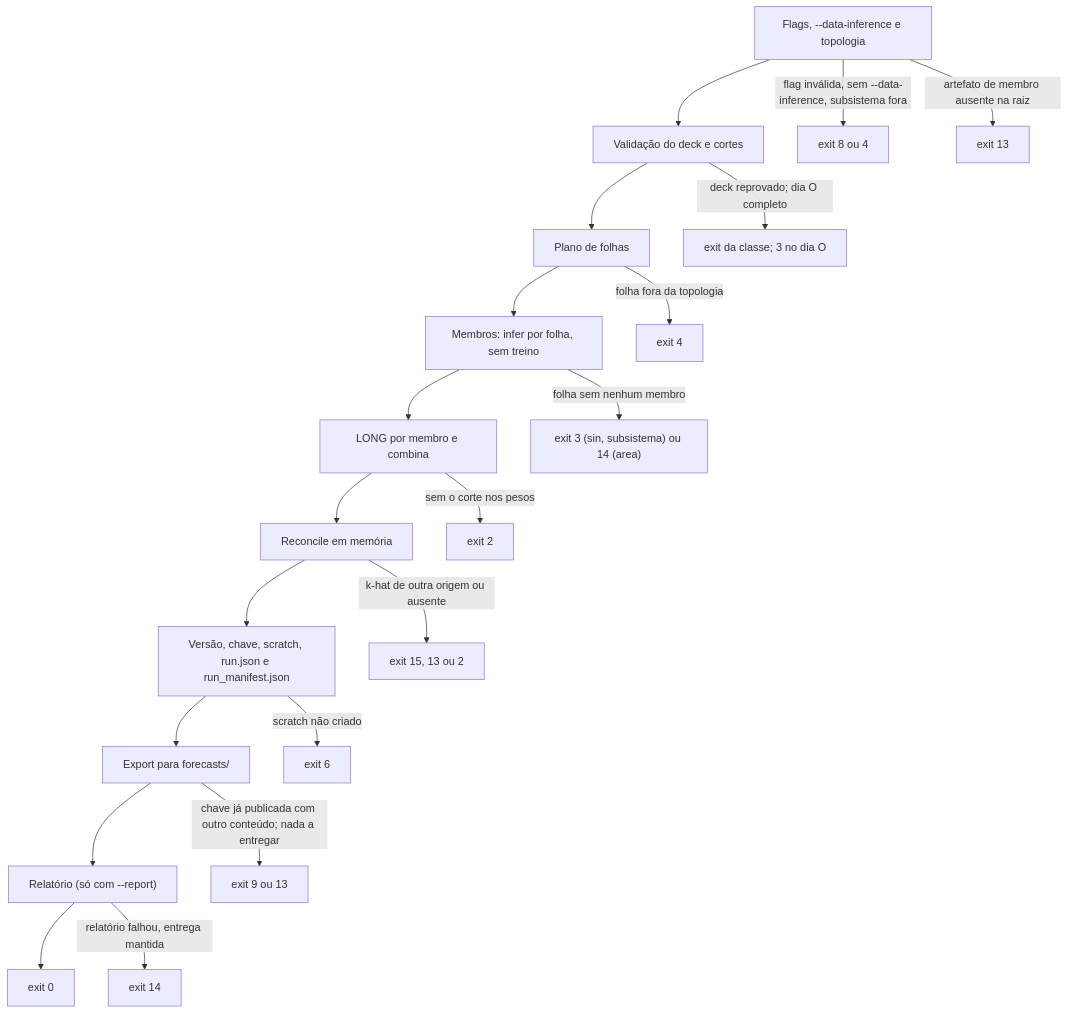
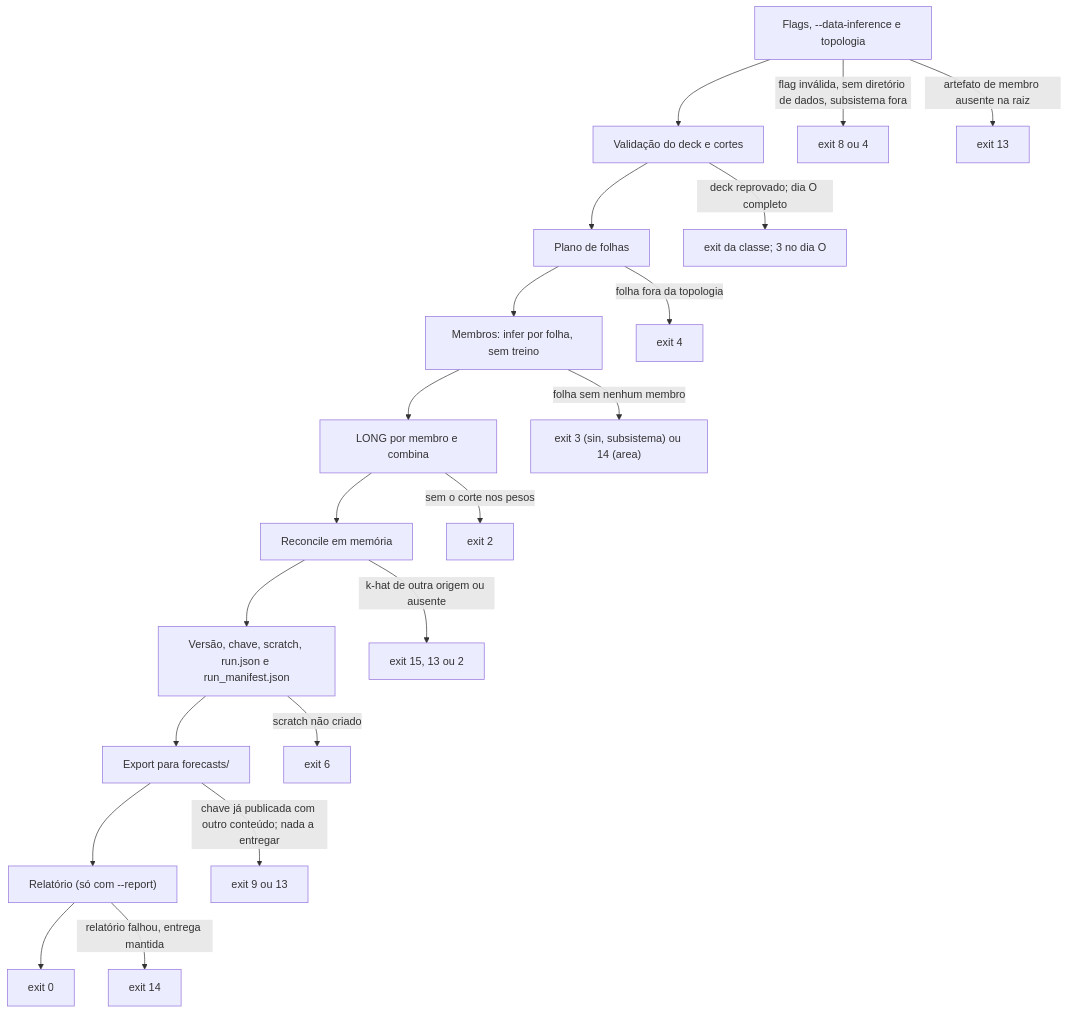
One commit to ONSBR/prevcarga changed the second of 2 diagrams in website/docs/execucao/08-rodada-diaria.mdx. Above: the diagram before and after it, drawn with Mermaid. The commit also changed other lines of this file and 2 other files, not shown here.

Commit message:
docs: forecast com --data-train ainda treina (compat v0.1.5); rodada diaria usa deck de inferencia

````diff
--- a/website/docs/execucao/08-rodada-diaria.mdx
+++ b/website/docs/execucao/08-rodada-diaria.mdx
@@ -167,22 +167,22 @@
 ```mermaid
 flowchart TB
   F["Flags, --data-inference e topologia"]:::fundacao --> G["Validação do deck e cortes"]:::corte
   G --> P["Plano de folhas"]:::fundacao
   P --> M["Membros: infer por folha, sem treino"]:::plugin
   M --> C["LONG por membro e combina"]:::fundacao
   C --> R["Reconcile em memória"]:::fundacao
   R --> K["Versão, chave, scratch, run.json e run_manifest.json"]:::fundacao
   K --> E["Export para forecasts/"]:::fundacao
   E --> Q["Relatório (só com --report)"]:::fundacao
   Q --> OK["exit 0"]
-  F -->|"flag inválida, sem --data-inference, subsistema fora"| X8["exit 8 ou 4"]:::erro
+  F -->|"flag inválida, sem diretório de dados, subsistema fora"| X8["exit 8 ou 4"]:::erro
   F -->|"artefato de membro ausente na raiz"| X13a["exit 13"]:::erro
   G -->|"deck reprovado; dia O completo"| X3["exit da classe; 3 no dia O"]:::erro
   P -->|"folha fora da topologia"| X4["exit 4"]:::erro
   M -->|"folha sem nenhum membro"| X3b["exit 3 (sin, subsistema) ou 14 (area)"]:::erro
   C -->|"sem o corte nos pesos"| X13b["exit 2"]:::erro
   R -->|"k-hat de outra origem ou ausente"| X15["exit 15, 13 ou 2"]:::erro
   K -->|"scratch não criado"| X6["exit 6"]:::erro
   E -->|"chave já publicada com outro conteúdo; nada a entregar"| X9["exit 9 ou 13"]:::erro
   Q -->|"relatório falhou, entrega mantida"| X14["exit 14"]:::erro
 ```
````
